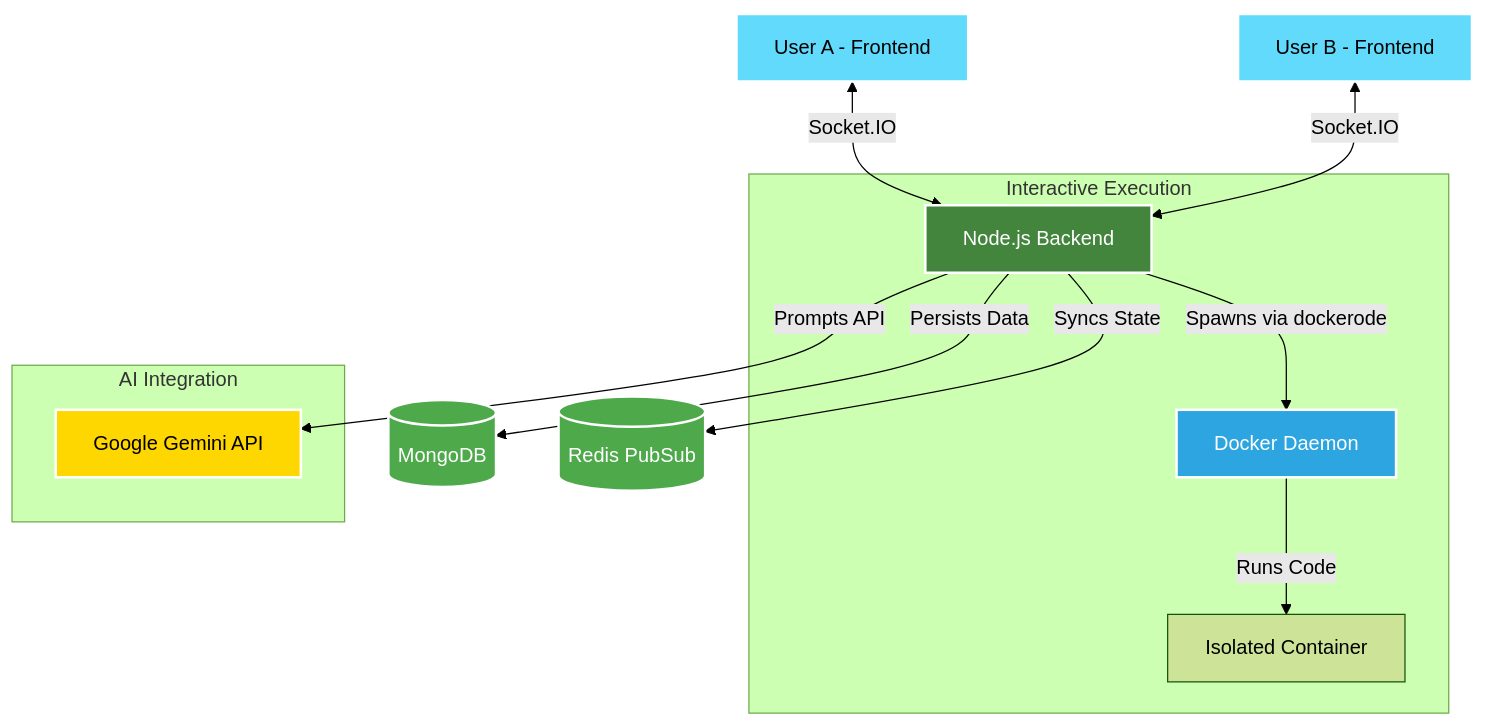
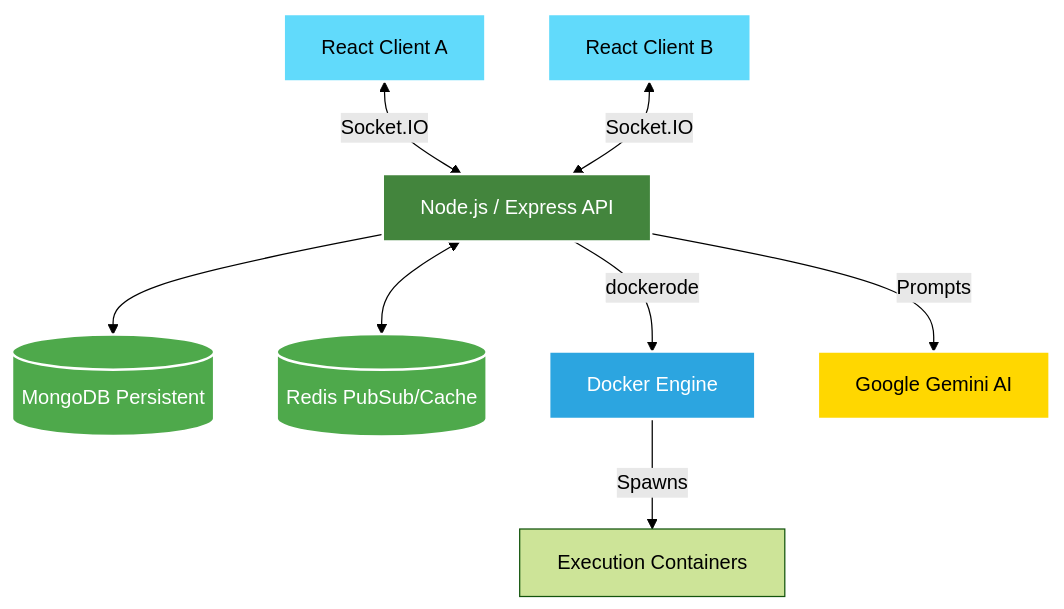
One commit to SwarupanandDeshmukh/ChitChat-with-AI changed the first of 3 diagrams in README.md. Above: the diagram before and after it, drawn with Mermaid (forest theme). The commit also changed other lines of this file, not shown here.

````diff
--- a/README.md
+++ b/README.md
@@ -46,34 +77,24 @@
 ```mermaid
 graph TD
-    %% Styling
     classDef frontend fill:#61DAFB,stroke:#fff,stroke-width:2px,color:#000;
     classDef backend fill:#43853D,stroke:#fff,stroke-width:2px,color:#fff;
     classDef database fill:#4EA94B,stroke:#fff,stroke-width:2px,color:#fff;
     classDef ai fill:#FFD700,stroke:#fff,stroke-width:2px,color:#000;
     classDef docker fill:#2CA5E0,stroke:#fff,stroke-width:2px,color:#fff;
 
-    %% Nodes
-    C1[User A - Frontend]:::frontend
-    C2[User B - Frontend]:::frontend
-    Node[Node.js Backend]:::backend
-    Mongo[(MongoDB)]:::database
-    Redis[(Redis PubSub)]:::database
-    Dock[Docker Daemon]:::docker
-    Gemini[Google Gemini API]:::ai
+    C1[React Client A]:::frontend
+    C2[React Client B]:::frontend
+    API[Node.js / Express API]:::backend
+    Mongo[(MongoDB Persistent)]:::database
+    Red[(Redis PubSub/Cache)]:::database
+    Engine[Docker Engine]:::docker
+    Gem[Google Gemini AI]:::ai
 
-    %% Connections
-    C1 <-->|Socket.IO| Node
-    C2 <-->|Socket.IO| Node
-    
-    Node -->|Persists Data| Mongo
-    Node -->|Syncs State| Redis
-    
-    subgraph Interactive Execution
-        Node -->|Spawns via dockerode| Dock
-        Dock -->|Runs Code| Sandbox[Isolated Container]
-    end
-    
-    subgraph AI Integration
-        Node -->|Prompts API| Gemini
-    end
+    C1 <-->|Socket.IO| API
+    C2 <-->|Socket.IO| API
+    API --> Mongo
+    API <--> Red
+    API -->|dockerode| Engine
+    Engine -->|Spawns| Sandboxes[Execution Containers]
+    API -->|Prompts| Gem
 ```
````
